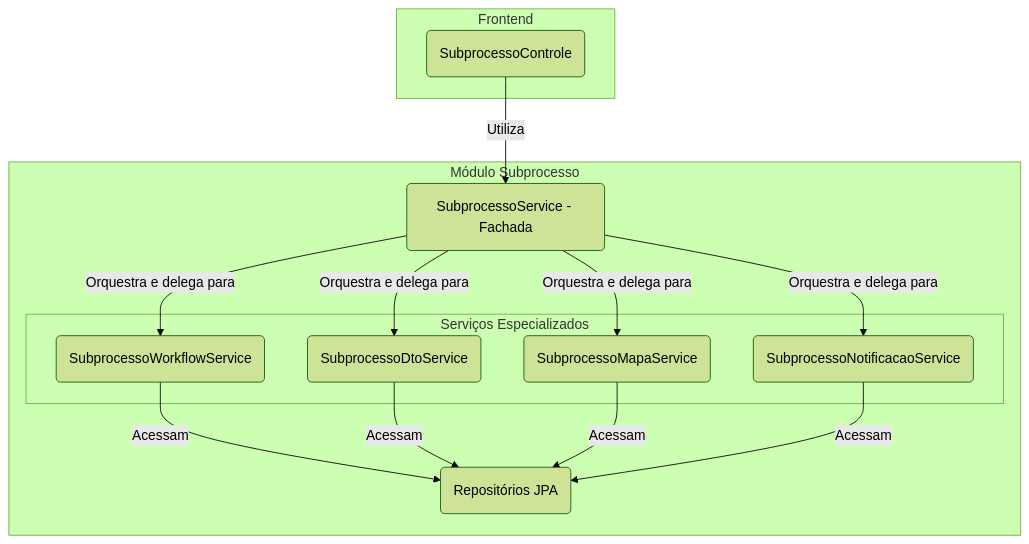
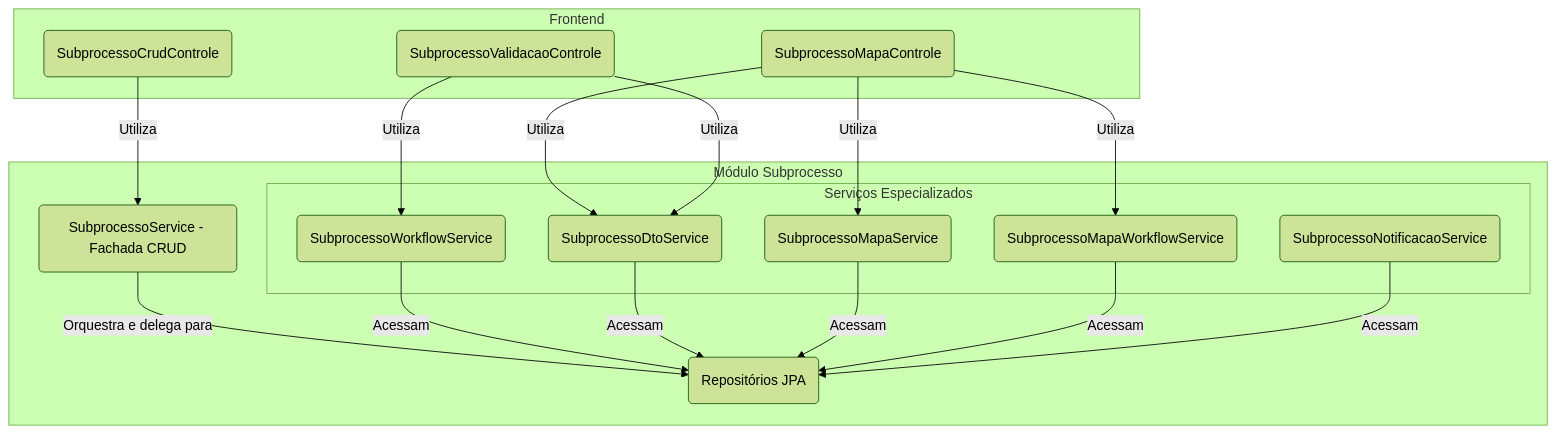
The first of 2 diagrams in backend/src/main/java/sgc/subprocesso/README.md (lgalvao/sgc), drawn with Mermaid (forest theme) before and after one commit. The commit also changed other lines of this file and 12 other files, not shown here.

````diff
--- a/backend/src/main/java/sgc/subprocesso/README.md
+++ b/backend/src/main/java/sgc/subprocesso/README.md
@@ -11,28 +13,29 @@
 ```mermaid
 graph TD
     subgraph "Frontend"
-        Controle(SubprocessoControle)
+        ControleCrud(SubprocessoCrudControle)
+        ControleMapa(SubprocessoMapaControle)
+        ControleValidacao(SubprocessoValidacaoControle)
     end
 
     subgraph "Módulo Subprocesso"
-        Facade(SubprocessoService - Fachada)
+        Facade(SubprocessoService - Fachada CRUD)
 
         subgraph "Serviços Especializados"
             Workflow(SubprocessoWorkflowService)
             DtoBuilder(SubprocessoDtoService)
             Mapa(SubprocessoMapaService)
+            MapaWorkflow(SubprocessoMapaWorkflowService)
             Notificacao(SubprocessoNotificacaoService)
         end
 
         Repos(Repositórios JPA)
     end
 
-    Controle -- Utiliza --> Facade
+    ControleCrud -- Utiliza --> Facade
+    ControleMapa -- Utiliza --> MapaWorkflow & Mapa & DtoBuilder
+    ControleValidacao -- Utiliza --> Workflow & DtoBuilder
 
-    Facade -- Orquestra e delega para --> Workflow
-    Facade -- Orquestra e delega para --> DtoBuilder
-    Facade -- Orquestra e delega para --> Mapa
-    Facade -- Orquestra e delega para --> Notificacao
-
-    Workflow & DtoBuilder & Mapa & Notificacao -- Acessam --> Repos
+    Facade -- Orquestra e delega para --> Repos
+    Workflow & DtoBuilder & Mapa & MapaWorkflow & Notificacao -- Acessam --> Repos
 ```
````
